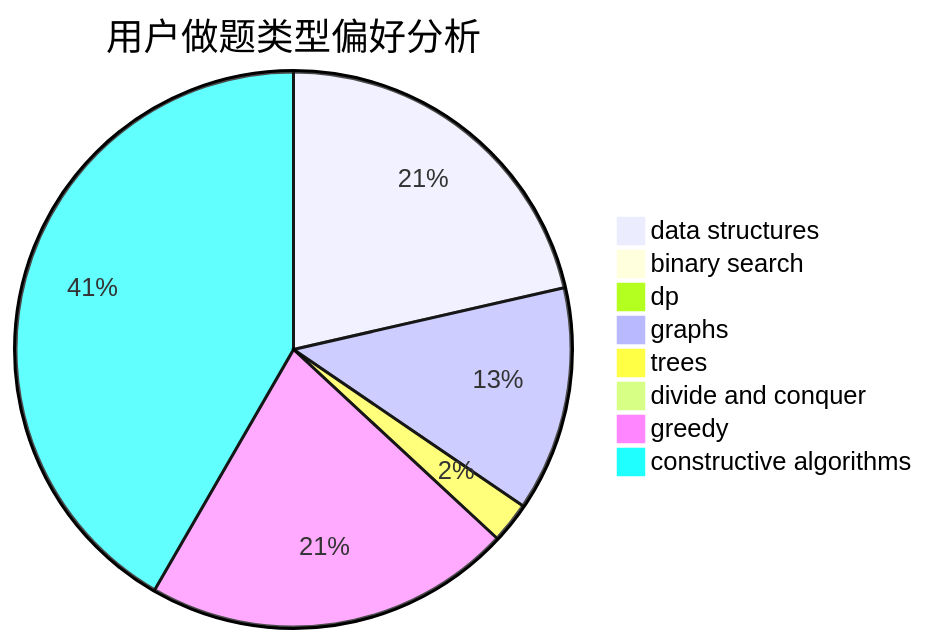
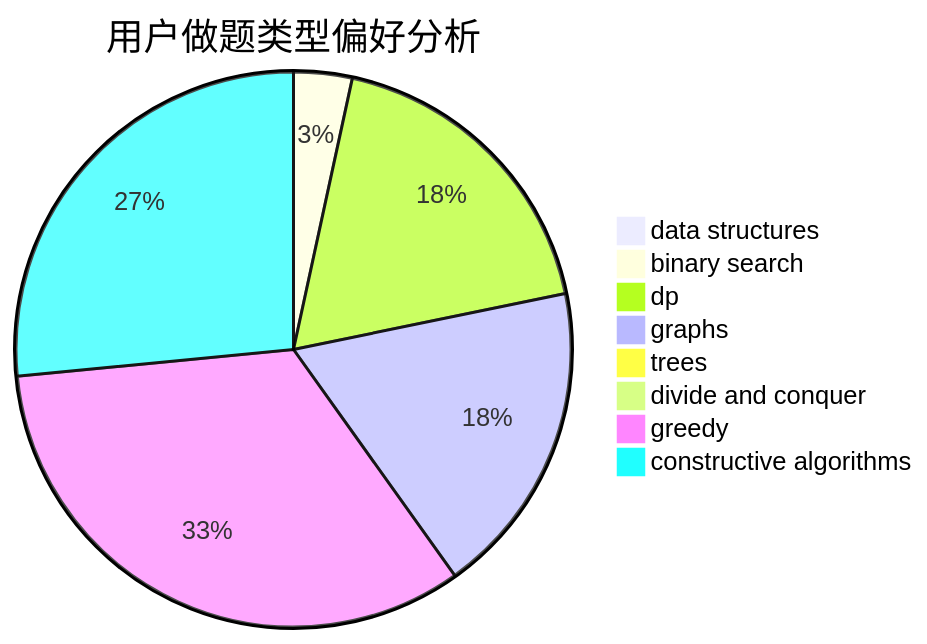
Before and after one commit to sherpahu/cfrs.github.io: the second of 3 diagrams in docs/user/u1583.md, drawn with Mermaid. The commit also changed other lines of this file and 2770 other files, not shown here.

````diff
--- a/docs/user/u1583.md
+++ b/docs/user/u1583.md
@@ -23,11 +23,11 @@
 ```mermaid
 pie title 用户做题类型偏好分析
-    "data structures" :  36
-    "binary search" :  0
-    "dp" :  1
-    "graphs" :  22
-    "trees" :  4
+    "data structures" :  0
+    "binary search" :  5
+    "dp" :  27
+    "graphs" :  27
+    "trees" :  0
     "divide and conquer" :  0
-    "greedy" :  36
-    "constructive algorithms" :  70
+    "greedy" :  49
+    "constructive algorithms" :  39
 ```
````
